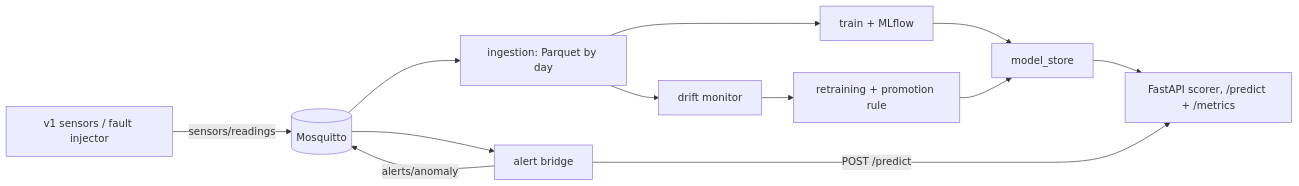
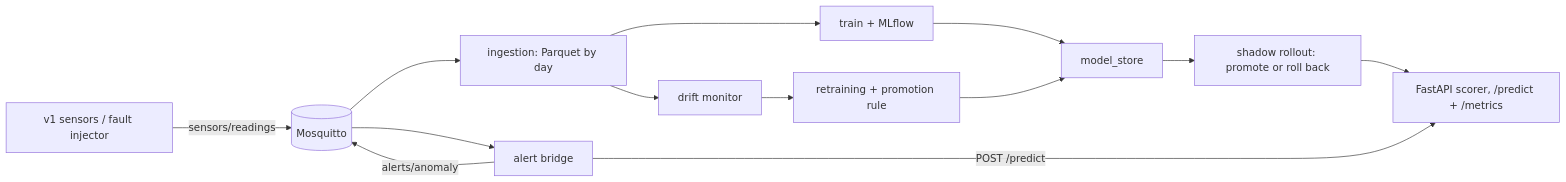
Before and after one commit to Xbalawi/iot-fleet-mlops: the diagram in README.md, drawn with Mermaid. The commit also changed other lines of this file, not shown here.

Commit message:
README: soften two claims, explain the live demo, show rollout in the diagram

````diff
--- a/README.md
+++ b/README.md
@@ -37,14 +39,15 @@
 ```mermaid
 flowchart LR
     S["v1 sensors / fault injector"] -->|sensors/readings| B[(Mosquitto)]
     B --> I["ingestion: Parquet by day"]
     I --> T["train + MLflow"]
     T --> M["model_store"]
-    M --> API["FastAPI scorer, /predict + /metrics"]
+    M --> SH["shadow rollout: promote or roll back"]
+    SH --> API["FastAPI scorer, /predict + /metrics"]
     B --> BR["alert bridge"]
     BR -->|POST /predict| API
     BR -->|alerts/anomaly| B
     I --> D["drift monitor"]
     D --> R["retraining + promotion rule"]
     R --> M
 ```
````
